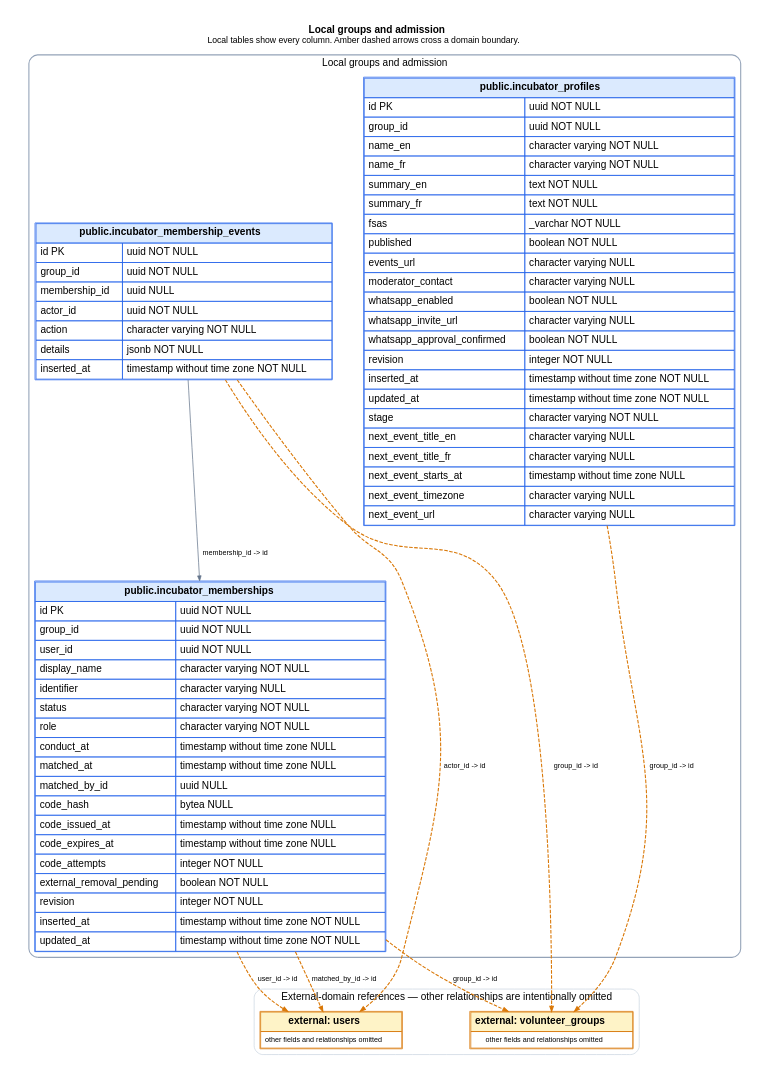
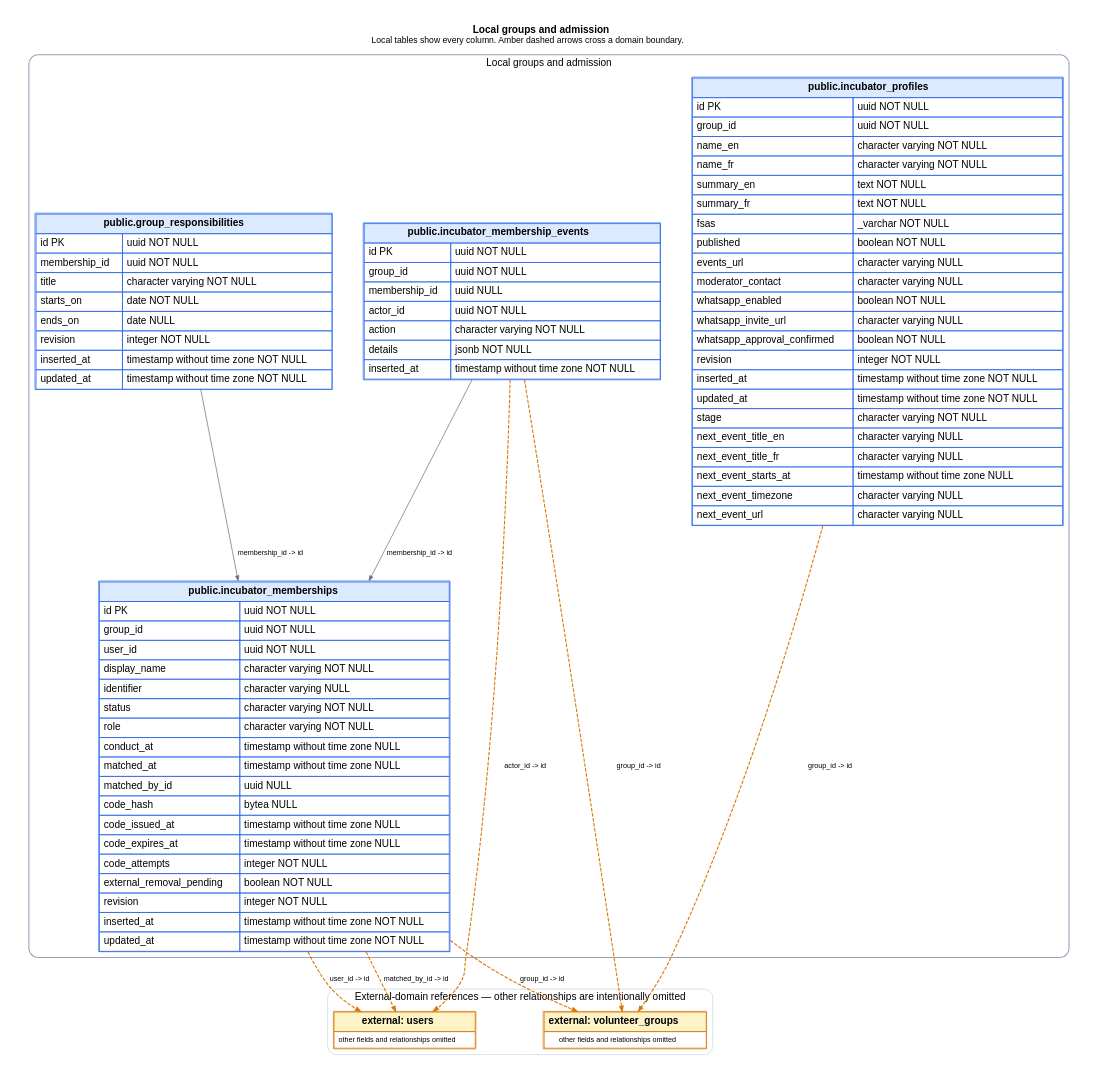
The diagram in docs/schema/domains/incubator_admission.dot (ogourment/pauseai.ca-website), drawn with Graphviz before and after one commit. The commit also changed 7 other files, not shown here.

Commit message:
Register group responsibilities in the release schema and verify translations

```diff
--- a/docs/schema/domains/incubator_admission.dot
+++ b/docs/schema/domains/incubator_admission.dot
@@ -1,64 +1,72 @@
 digraph incubator_admission {
   graph [rankdir=TB, bgcolor="white", pad=0.35, nodesep=0.6, ranksep=0.9, fontname="Helvetica"];
   node [shape=plain, fontname="Helvetica"];
   edge [fontname="Helvetica", fontsize=10, arrowsize=0.7];
   labelloc="t";
   label=< <B>Local groups and admission</B><BR/><FONT POINT-SIZE="12">Local tables show every column. Amber dashed arrows cross a domain boundary.</FONT> >;
 
   subgraph cluster_local {
     label="Local groups and admission";
     color="#94a3b8";
     penwidth=1.5;
     style="rounded";
   "incubator_profiles" [label=<
     <TABLE BORDER="1" CELLBORDER="1" CELLSPACING="0" CELLPADDING="5" COLOR="#2563eb">
       <TR><TD BGCOLOR="#dbeafe" COLSPAN="2"><B>public.incubator_profiles</B></TD></TR>
       <TR><TD ALIGN="LEFT">id PK</TD><TD ALIGN="LEFT">uuid NOT NULL</TD></TR><TR><TD ALIGN="LEFT">group_id</TD><TD ALIGN="LEFT">uuid NOT NULL</TD></TR><TR><TD ALIGN="LEFT">name_en</TD><TD ALIGN="LEFT">character varying NOT NULL</TD></TR><TR><TD ALIGN="LEFT">name_fr</TD><TD ALIGN="LEFT">character varying NOT NULL</TD></TR><TR><TD ALIGN="LEFT">summary_en</TD><TD ALIGN="LEFT">text NOT NULL</TD></TR><TR><TD ALIGN="LEFT">summary_fr</TD><TD ALIGN="LEFT">text NOT NULL</TD></TR><TR><TD ALIGN="LEFT">fsas</TD><TD ALIGN="LEFT">_varchar NOT NULL</TD></TR><TR><TD ALIGN="LEFT">published</TD><TD ALIGN="LEFT">boolean NOT NULL</TD></TR><TR><TD ALIGN="LEFT">events_url</TD><TD ALIGN="LEFT">character varying NULL</TD></TR><TR><TD ALIGN="LEFT">moderator_contact</TD><TD ALIGN="LEFT">character varying NULL</TD></TR><TR><TD ALIGN="LEFT">whatsapp_enabled</TD><TD ALIGN="LEFT">boolean NOT NULL</TD></TR><TR><TD ALIGN="LEFT">whatsapp_invite_url</TD><TD ALIGN="LEFT">character varying NULL</TD></TR><TR><TD ALIGN="LEFT">whatsapp_approval_confirmed</TD><TD ALIGN="LEFT">boolean NOT NULL</TD></TR><TR><TD ALIGN="LEFT">revision</TD><TD ALIGN="LEFT">integer NOT NULL</TD></TR><TR><TD ALIGN="LEFT">inserted_at</TD><TD ALIGN="LEFT">timestamp without time zone NOT NULL</TD></TR><TR><TD ALIGN="LEFT">updated_at</TD><TD ALIGN="LEFT">timestamp without time zone NOT NULL</TD></TR><TR><TD ALIGN="LEFT">stage</TD><TD ALIGN="LEFT">character varying NOT NULL</TD></TR><TR><TD ALIGN="LEFT">next_event_title_en</TD><TD ALIGN="LEFT">character varying NULL</TD></TR><TR><TD ALIGN="LEFT">next_event_title_fr</TD><TD ALIGN="LEFT">character varying NULL</TD></TR><TR><TD ALIGN="LEFT">next_event_starts_at</TD><TD ALIGN="LEFT">timestamp without time zone NULL</TD></TR><TR><TD ALIGN="LEFT">next_event_timezone</TD><TD ALIGN="LEFT">character varying NULL</TD></TR><TR><TD ALIGN="LEFT">next_event_url</TD><TD ALIGN="LEFT">character varying NULL</TD></TR>
     </TABLE>
   >];
 
   "incubator_memberships" [label=<
     <TABLE BORDER="1" CELLBORDER="1" CELLSPACING="0" CELLPADDING="5" COLOR="#2563eb">
       <TR><TD BGCOLOR="#dbeafe" COLSPAN="2"><B>public.incubator_memberships</B></TD></TR>
       <TR><TD ALIGN="LEFT">id PK</TD><TD ALIGN="LEFT">uuid NOT NULL</TD></TR><TR><TD ALIGN="LEFT">group_id</TD><TD ALIGN="LEFT">uuid NOT NULL</TD></TR><TR><TD ALIGN="LEFT">user_id</TD><TD ALIGN="LEFT">uuid NOT NULL</TD></TR><TR><TD ALIGN="LEFT">display_name</TD><TD ALIGN="LEFT">character varying NOT NULL</TD></TR><TR><TD ALIGN="LEFT">identifier</TD><TD ALIGN="LEFT">character varying NULL</TD></TR><TR><TD ALIGN="LEFT">status</TD><TD ALIGN="LEFT">character varying NOT NULL</TD></TR><TR><TD ALIGN="LEFT">role</TD><TD ALIGN="LEFT">character varying NOT NULL</TD></TR><TR><TD ALIGN="LEFT">conduct_at</TD><TD ALIGN="LEFT">timestamp without time zone NULL</TD></TR><TR><TD ALIGN="LEFT">matched_at</TD><TD ALIGN="LEFT">timestamp without time zone NULL</TD></TR><TR><TD ALIGN="LEFT">matched_by_id</TD><TD ALIGN="LEFT">uuid NULL</TD></TR><TR><TD ALIGN="LEFT">code_hash</TD><TD ALIGN="LEFT">bytea NULL</TD></TR><TR><TD ALIGN="LEFT">code_issued_at</TD><TD ALIGN="LEFT">timestamp without time zone NULL</TD></TR><TR><TD ALIGN="LEFT">code_expires_at</TD><TD ALIGN="LEFT">timestamp without time zone NULL</TD></TR><TR><TD ALIGN="LEFT">code_attempts</TD><TD ALIGN="LEFT">integer NOT NULL</TD></TR><TR><TD ALIGN="LEFT">external_removal_pending</TD><TD ALIGN="LEFT">boolean NOT NULL</TD></TR><TR><TD ALIGN="LEFT">revision</TD><TD ALIGN="LEFT">integer NOT NULL</TD></TR><TR><TD ALIGN="LEFT">inserted_at</TD><TD ALIGN="LEFT">timestamp without time zone NOT NULL</TD></TR><TR><TD ALIGN="LEFT">updated_at</TD><TD ALIGN="LEFT">timestamp without time zone NOT NULL</TD></TR>
     </TABLE>
   >];
 
   "incubator_membership_events" [label=<
     <TABLE BORDER="1" CELLBORDER="1" CELLSPACING="0" CELLPADDING="5" COLOR="#2563eb">
       <TR><TD BGCOLOR="#dbeafe" COLSPAN="2"><B>public.incubator_membership_events</B></TD></TR>
       <TR><TD ALIGN="LEFT">id PK</TD><TD ALIGN="LEFT">uuid NOT NULL</TD></TR><TR><TD ALIGN="LEFT">group_id</TD><TD ALIGN="LEFT">uuid NOT NULL</TD></TR><TR><TD ALIGN="LEFT">membership_id</TD><TD ALIGN="LEFT">uuid NULL</TD></TR><TR><TD ALIGN="LEFT">actor_id</TD><TD ALIGN="LEFT">uuid NOT NULL</TD></TR><TR><TD ALIGN="LEFT">action</TD><TD ALIGN="LEFT">character varying NOT NULL</TD></TR><TR><TD ALIGN="LEFT">details</TD><TD ALIGN="LEFT">jsonb NOT NULL</TD></TR><TR><TD ALIGN="LEFT">inserted_at</TD><TD ALIGN="LEFT">timestamp without time zone NOT NULL</TD></TR>
     </TABLE>
   >];
 
+  "group_responsibilities" [label=<
+    <TABLE BORDER="1" CELLBORDER="1" CELLSPACING="0" CELLPADDING="5" COLOR="#2563eb">
+      <TR><TD BGCOLOR="#dbeafe" COLSPAN="2"><B>public.group_responsibilities</B></TD></TR>
+      <TR><TD ALIGN="LEFT">id PK</TD><TD ALIGN="LEFT">uuid NOT NULL</TD></TR><TR><TD ALIGN="LEFT">membership_id</TD><TD ALIGN="LEFT">uuid NOT NULL</TD></TR><TR><TD ALIGN="LEFT">title</TD><TD ALIGN="LEFT">character varying NOT NULL</TD></TR><TR><TD ALIGN="LEFT">starts_on</TD><TD ALIGN="LEFT">date NOT NULL</TD></TR><TR><TD ALIGN="LEFT">ends_on</TD><TD ALIGN="LEFT">date NULL</TD></TR><TR><TD ALIGN="LEFT">revision</TD><TD ALIGN="LEFT">integer NOT NULL</TD></TR><TR><TD ALIGN="LEFT">inserted_at</TD><TD ALIGN="LEFT">timestamp without time zone NOT NULL</TD></TR><TR><TD ALIGN="LEFT">updated_at</TD><TD ALIGN="LEFT">timestamp without time zone NOT NULL</TD></TR>
+    </TABLE>
+  >];
+
   }
 
   subgraph cluster_external {
     label="External-domain references — other relationships are intentionally omitted";
     color="#cbd5e1";
     penwidth=1;
     style="rounded";
   "users" [label=<
     <TABLE BORDER="1" CELLBORDER="1" CELLSPACING="0" CELLPADDING="5" COLOR="#d97706">
       <TR><TD BGCOLOR="#fef3c7"><B>external: users</B></TD></TR>
       <TR><TD><FONT POINT-SIZE="10">other fields and relationships omitted</FONT></TD></TR>
     </TABLE>
   >];
 
   "volunteer_groups" [label=<
     <TABLE BORDER="1" CELLBORDER="1" CELLSPACING="0" CELLPADDING="5" COLOR="#d97706">
       <TR><TD BGCOLOR="#fef3c7"><B>external: volunteer_groups</B></TD></TR>
       <TR><TD><FONT POINT-SIZE="10">other fields and relationships omitted</FONT></TD></TR>
     </TABLE>
   >];
 
   }
 
+  "group_responsibilities" -> "incubator_memberships" [label="membership_id -> id", color="#64748b"];
   "incubator_membership_events" -> "users" [label="actor_id -> id", color="#d97706", style="dashed", penwidth=1.5];
   "incubator_membership_events" -> "volunteer_groups" [label="group_id -> id", color="#d97706", style="dashed", penwidth=1.5];
   "incubator_membership_events" -> "incubator_memberships" [label="membership_id -> id", color="#64748b"];
   "incubator_memberships" -> "volunteer_groups" [label="group_id -> id", color="#d97706", style="dashed", penwidth=1.5];
   "incubator_memberships" -> "users" [label="matched_by_id -> id", color="#d97706", style="dashed", penwidth=1.5];
   "incubator_memberships" -> "users" [label="user_id -> id", color="#d97706", style="dashed", penwidth=1.5];
   "incubator_profiles" -> "volunteer_groups" [label="group_id -> id", color="#d97706", style="dashed", penwidth=1.5];
 }
```
